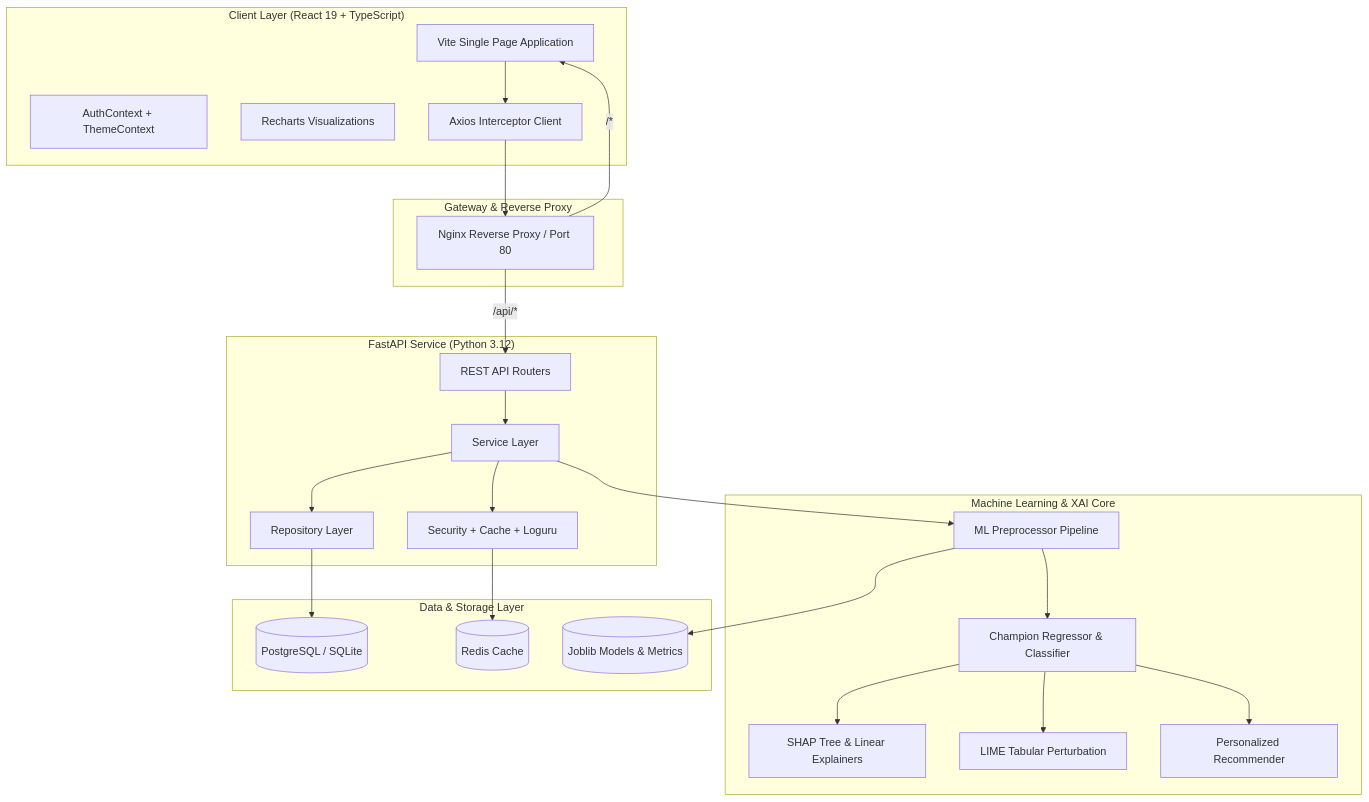
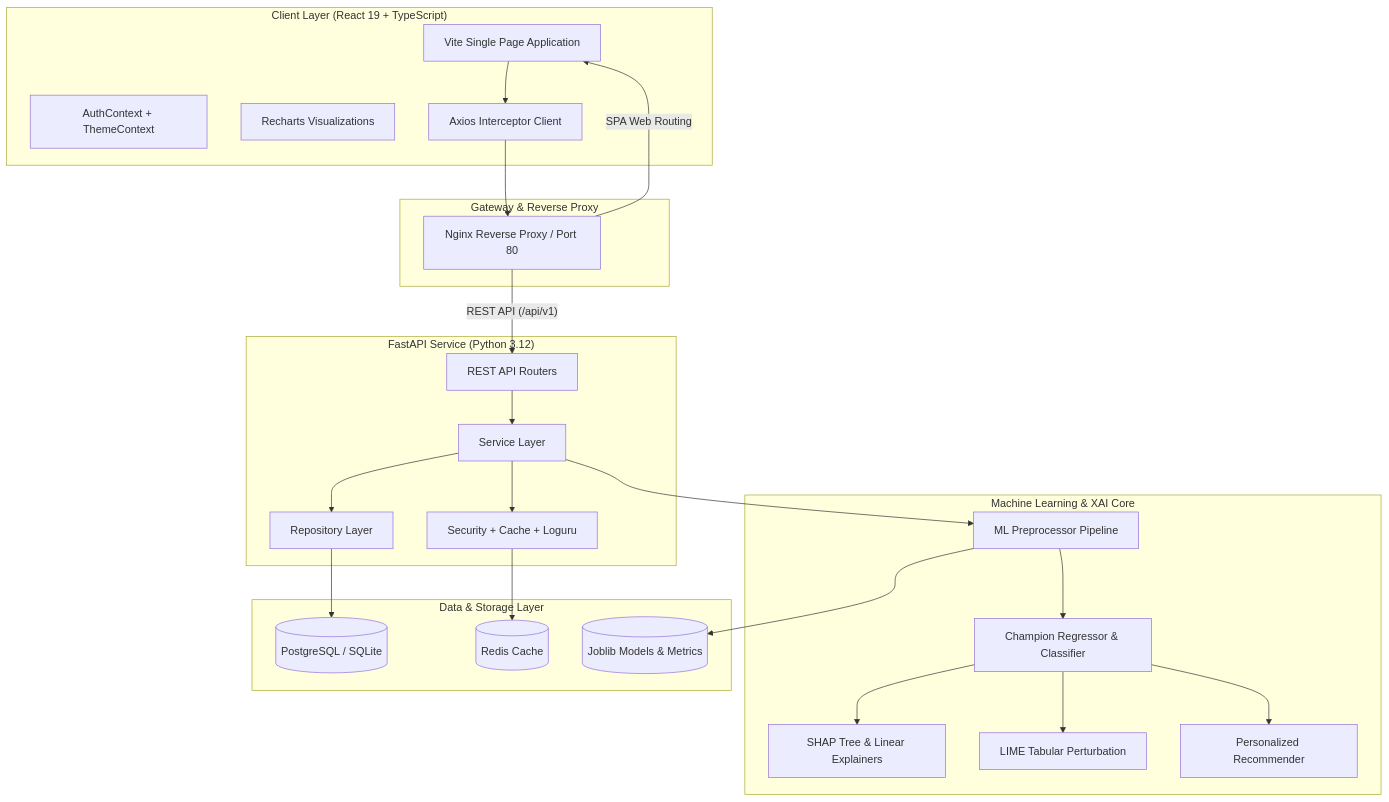
One commit to anishabobade26/student-performance-prediction changed the diagram in docs/Architecture.md. Above: the diagram before and after it, drawn with Mermaid. The commit also changed 1 other file, not shown here.

Commit message:
fix: resolve mermaid diagram parsing error on GitHub by replacing wildcard comments with quoted edge labels

````diff
--- a/docs/Architecture.md
+++ b/docs/Architecture.md
@@ -5,53 +5,53 @@
 ```mermaid
 flowchart TB
     subgraph ClientLayer ["Client Layer (React 19 + TypeScript)"]
         UI[Vite Single Page Application]
         State[AuthContext + ThemeContext]
         Charts[Recharts Visualizations]
         Axios[Axios Interceptor Client]
     end
 
     subgraph GatewayLayer ["Gateway & Reverse Proxy"]
         Nginx[Nginx Reverse Proxy / Port 80]
     end
 
     subgraph BackendLayer ["FastAPI Service (Python 3.12)"]
         Router[REST API Routers]
         Service[Service Layer]
         Repo[Repository Layer]
         Core[Security + Cache + Loguru]
     end
 
     subgraph MLLayer ["Machine Learning & XAI Core"]
         Pipeline[ML Preprocessor Pipeline]
         Models[Champion Regressor & Classifier]
         SHAP[SHAP Tree & Linear Explainers]
         LIME[LIME Tabular Perturbation]
         Recs[Personalized Recommender]
     end
 
     subgraph DataLayer ["Data & Storage Layer"]
         Postgres[(PostgreSQL / SQLite)]
         Redis[(Redis Cache)]
         Artifacts[(Joblib Models & Metrics)]
     end
 
     UI --> Axios
     Axios --> Nginx
-    Nginx -->|/api/*| Router
-    Nginx -->|/*| UI
+    Nginx -->|"REST API (/api/v1)"| Router
+    Nginx -->|"SPA Web Routing"| UI
 
     Router --> Service
     Service --> Repo
     Service --> Core
     Service --> Pipeline
 
     Pipeline --> Models
     Models --> SHAP
     Models --> LIME
     Models --> Recs
 
     Repo --> Postgres
     Core --> Redis
     Pipeline --> Artifacts
 ```
````
